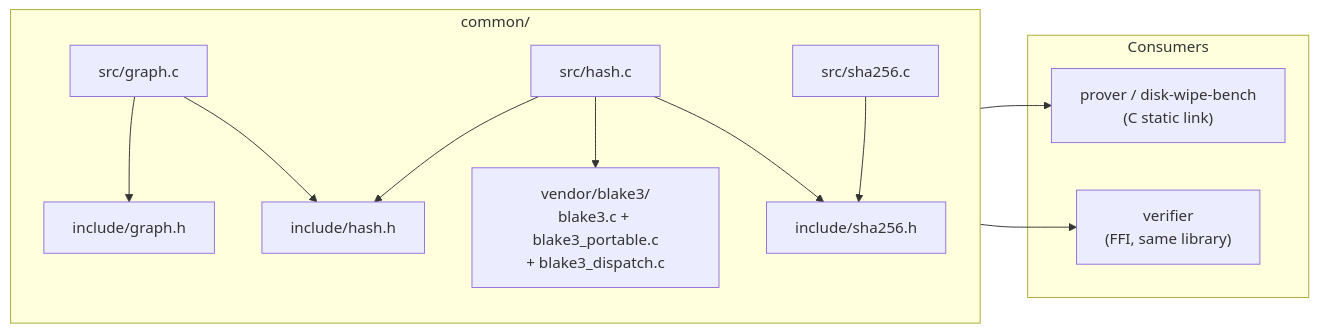
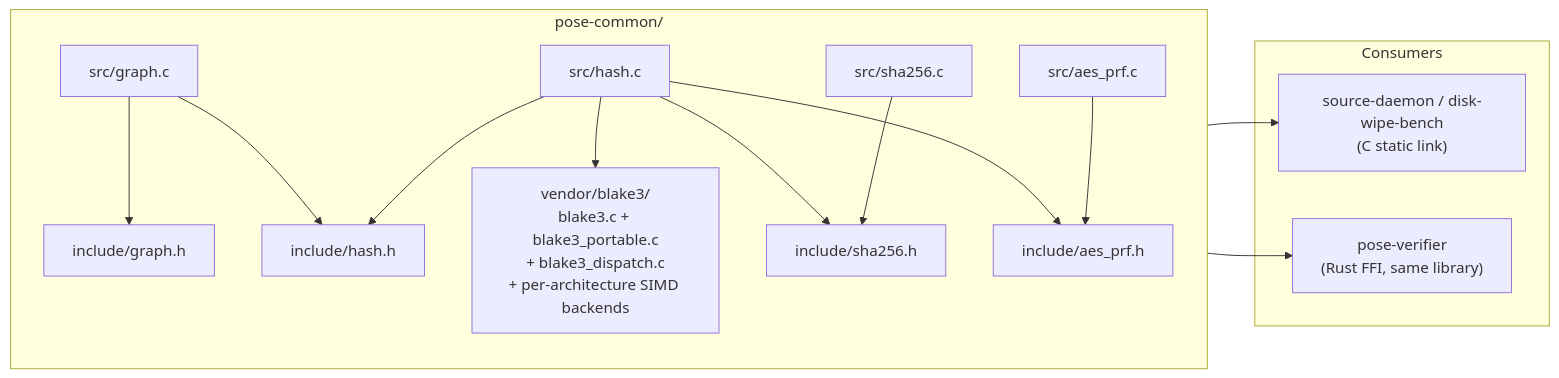
The first of 4 diagrams in docs/common-library.md (Amodo-Design/PoSE-Memory-Wiping), drawn with Mermaid before and after one commit. The commit also changed other lines of this file and 276 other files, not shown here.

````diff
--- a/docs/common-library.md
+++ b/docs/common-library.md
@@ -9,27 +9,31 @@
 ```mermaid
 graph LR
-    subgraph common["common/"]
+    subgraph common["pose-common/"]
         GH["include/graph.h"]
         HH["include/hash.h"]
         SH["include/sha256.h"]
+        AH["include/aes_prf.h"]
         GC["src/graph.c"]
         HC["src/hash.c"]
         SC["src/sha256.c"]
-        B3["vendor/blake3/<br/>blake3.c + blake3_portable.c<br/>+ blake3_dispatch.c"]
+        AC["src/aes_prf.c"]
+        B3["vendor/blake3/<br/>blake3.c + blake3_portable.c<br/>+ blake3_dispatch.c<br/>+ per-architecture SIMD backends"]
     end
 
     GC --> GH
     GC --> HH
     HC --> HH
     HC --> B3
     HC --> SH
+    HC --> AH
     SC --> SH
+    AC --> AH
 
     subgraph consumers["Consumers"]
-        D["prover / disk-wipe-bench<br/>(C static link)"]
-        V["verifier<br/>(FFI, same library)"]
+        D["source-daemon / disk-wipe-bench<br/>(C static link)"]
+        V["pose-verifier<br/>(Rust FFI, same library)"]
     end
 
     common --> D
     common --> V
 ```
````
